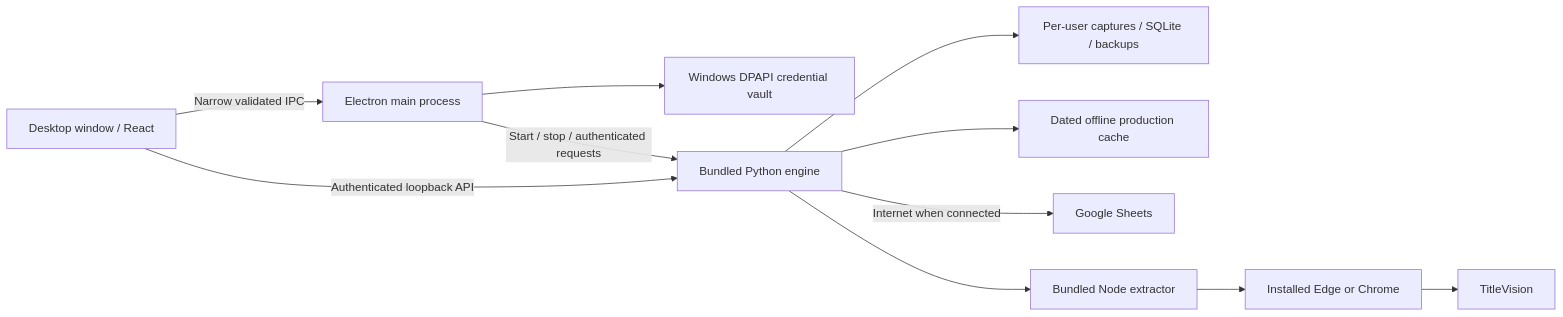
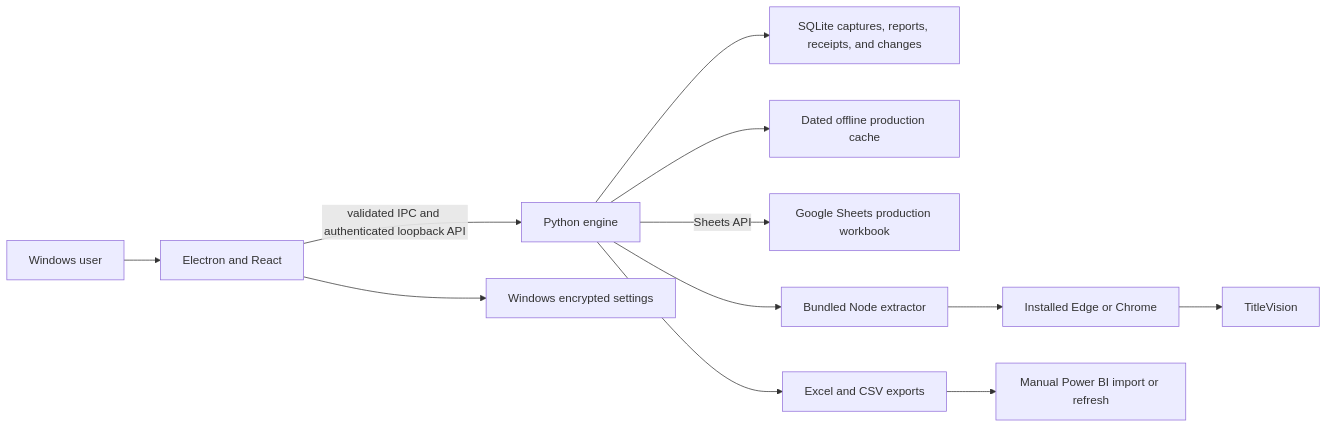
Before and after one commit to HariKrishna1-DS/powerBI_Sync: the diagram in PROJECT_ARCHITECTURE.md, drawn with Mermaid. The commit also changed other lines of this file and 13 other files, not shown here.

````diff
--- a/PROJECT_ARCHITECTURE.md
+++ b/PROJECT_ARCHITECTURE.md
@@ -7,13 +5,14 @@
 ```mermaid
 flowchart LR
-  User[Desktop window / React] -->|Narrow validated IPC| Main[Electron main process]
-  Main --> Vault[Windows DPAPI credential vault]
-  Main -->|Start / stop / authenticated requests| Engine[Bundled Python engine]
-  User -->|Authenticated loopback API| Engine
-  Engine --> Local[Per-user captures / SQLite / backups]
+  User[Windows user] --> UI[Electron and React]
+  UI -->|validated IPC and authenticated loopback API| Engine[Python engine]
+  UI --> Vault[Windows encrypted settings]
+  Engine --> SQLite[SQLite captures, reports, receipts, and changes]
   Engine --> Cache[Dated offline production cache]
-  Engine -->|Internet when connected| Sheets[Google Sheets]
-  Engine --> Extract[Bundled Node extractor]
-  Extract --> Browser[Installed Edge or Chrome]
+  Engine -->|Sheets API| Sheets[Google Sheets production workbook]
+  Engine --> Extractor[Bundled Node extractor]
+  Extractor --> Browser[Installed Edge or Chrome]
   Browser --> Portal[TitleVision]
+  Engine --> Export[Excel and CSV exports]
+  Export --> PowerBI[Manual Power BI import or refresh]
 ```
````
